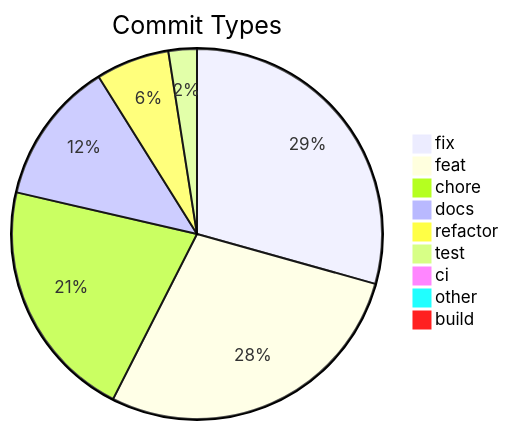
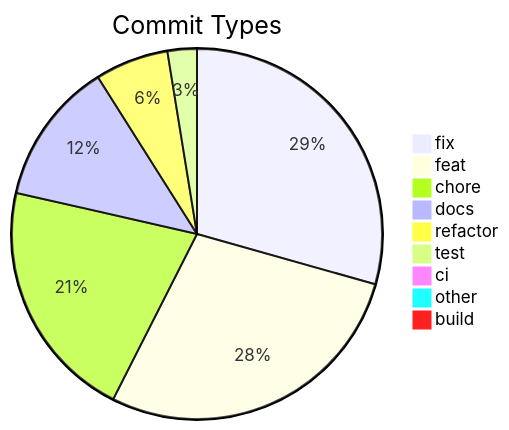
Before and after one commit to svenroth-ai/shipwright: the diagram in .shipwright/compliance/change-history.md, drawn with Mermaid. The commit also changed other lines of this file and 15 other files, not shown here.

````diff
--- a/.shipwright/compliance/change-history.md
+++ b/.shipwright/compliance/change-history.md
@@ -8,12 +8,12 @@
 ```mermaid
 pie title Commit Types
-    "fix" : 343
+    "fix" : 344
     "feat" : 329
     "chore" : 247
     "docs" : 146
     "refactor" : 75
-    "test" : 29
+    "test" : 30
     "ci" : 11
     "other" : 9
     "build" : 1
 ```
````
